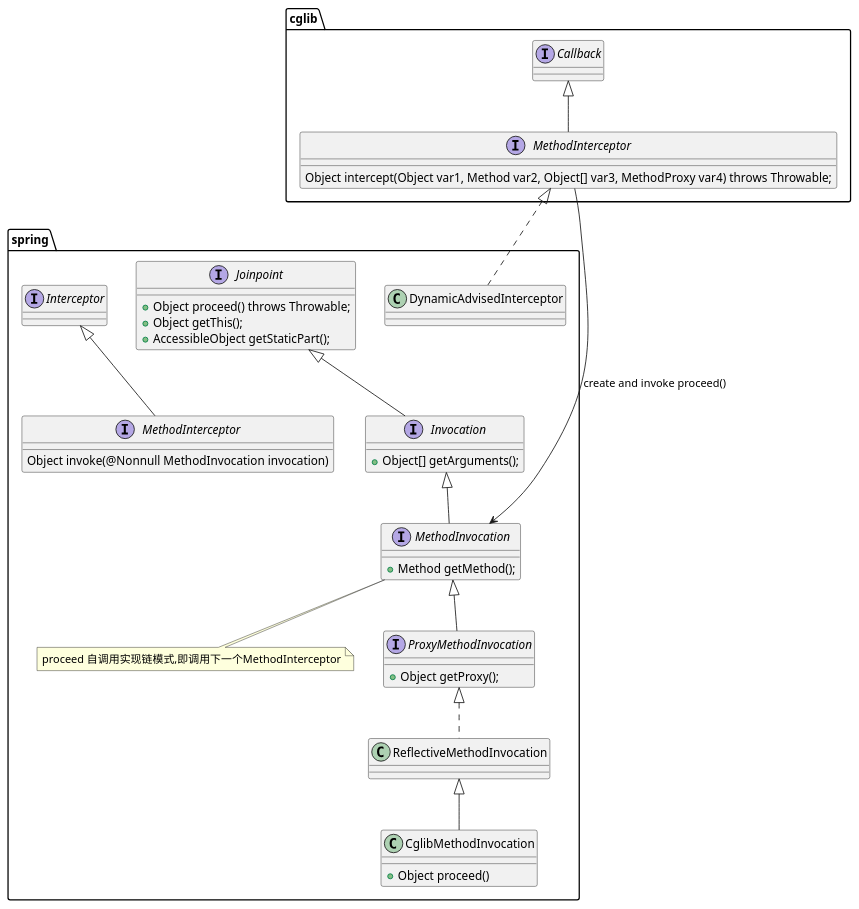
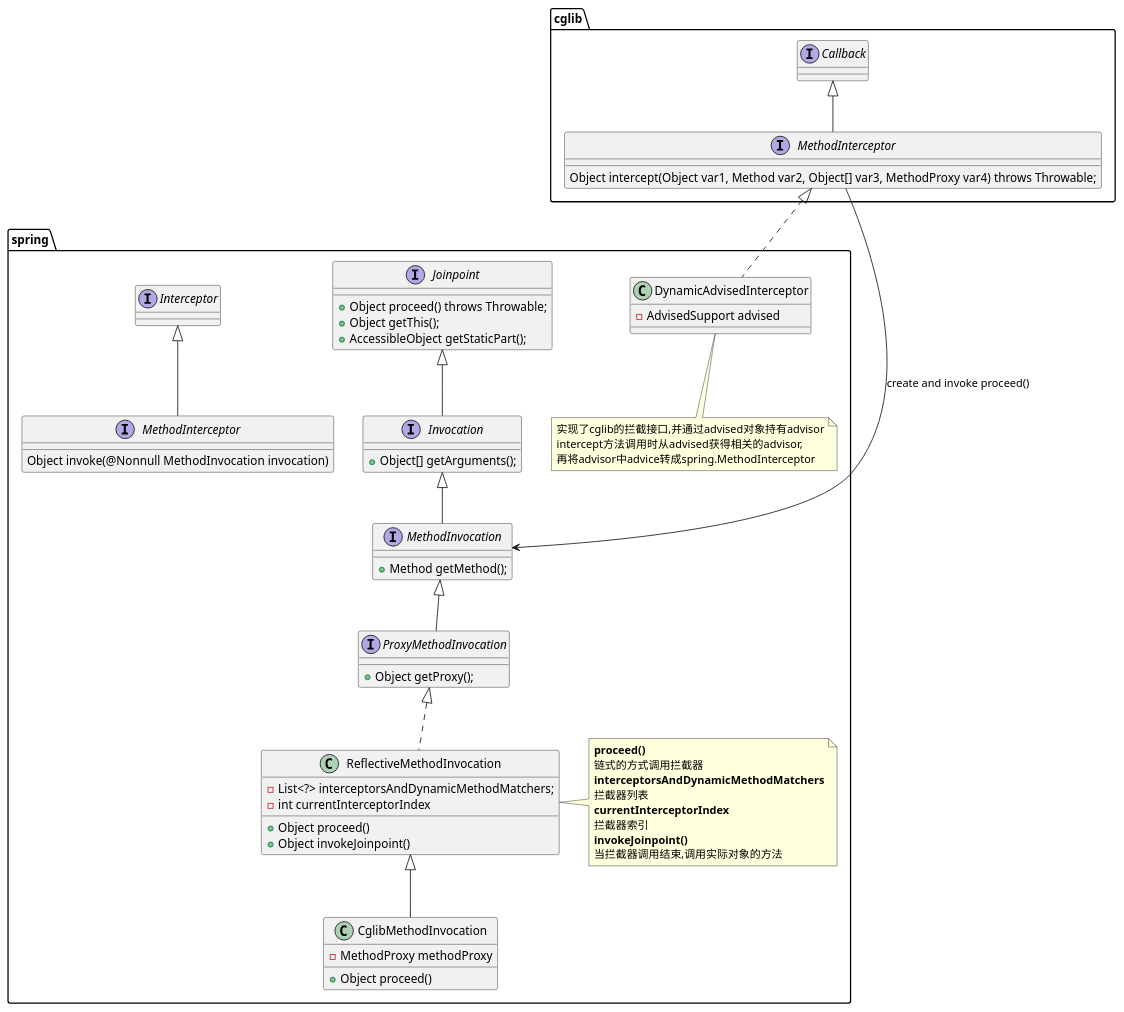
The diagram in uml/src/main/java/aop/proxy_method_clz.puml (FHJ2020/spring-uml), drawn with PlantUML before and after one commit. The commit also changed 6 other files, not shown here.

```diff
--- a/uml/src/main/java/aop/proxy_method_clz.puml
+++ b/uml/src/main/java/aop/proxy_method_clz.puml
@@ -1,50 +1,68 @@
 @startuml
 'https://plantuml.com/class-diagram
 
 namespace cglib {
     interface MethodInterceptor extends Callback {
         Object intercept(Object var1, Method var2, Object[] var3, MethodProxy var4) throws Throwable;
     }
 }
 namespace spring{
 
-    class DynamicAdvisedInterceptor implements cglib.MethodInterceptor
+    class DynamicAdvisedInterceptor implements cglib.MethodInterceptor{
+        - AdvisedSupport advised
+    }
+    note bottom of  DynamicAdvisedInterceptor
+    实现了cglib的拦截接口,并通过advised对象持有advisor
+    intercept方法调用时从advised获得相关的advisor,
+    再将advisor中advice转成spring.MethodInterceptor
+    end note
 
 
     interface Joinpoint {
         + Object proceed() throws Throwable;
         + Object getThis();
         + AccessibleObject getStaticPart();
     }
 
     interface Invocation extends Joinpoint{
         + Object[] getArguments();
     }
 
     interface MethodInvocation extends Invocation{
         + Method getMethod();
     }
-    note bottom of MethodInvocation
-    proceed 自调用实现链模式,即调用下一个MethodInterceptor
-    end note
 
     interface ProxyMethodInvocation extends MethodInvocation{
         + Object getProxy();
     }
 
     class ReflectiveMethodInvocation implements ProxyMethodInvocation{
-
+        - List<?> interceptorsAndDynamicMethodMatchers;
+        - int currentInterceptorIndex
+        + Object proceed()
+        + Object invokeJoinpoint()
     }
+    note right of ReflectiveMethodInvocation
+    **proceed()**
+    链式的方式调用拦截器
+    **interceptorsAndDynamicMethodMatchers**
+    拦截器列表
+    **currentInterceptorIndex**
+    拦截器索引
+    **invokeJoinpoint()**
+    当拦截器调用结束,调用实际对象的方法
+    end note
 
     class CglibMethodInvocation extends ReflectiveMethodInvocation{
+        - MethodProxy methodProxy
         + Object proceed()
     }
 
     interface MethodInterceptor extends Interceptor{
         Object invoke(@Nonnull MethodInvocation invocation)
     }
 }
 
 cglib.MethodInterceptor --> spring.MethodInvocation :create and invoke proceed()
 
 @enduml
```
